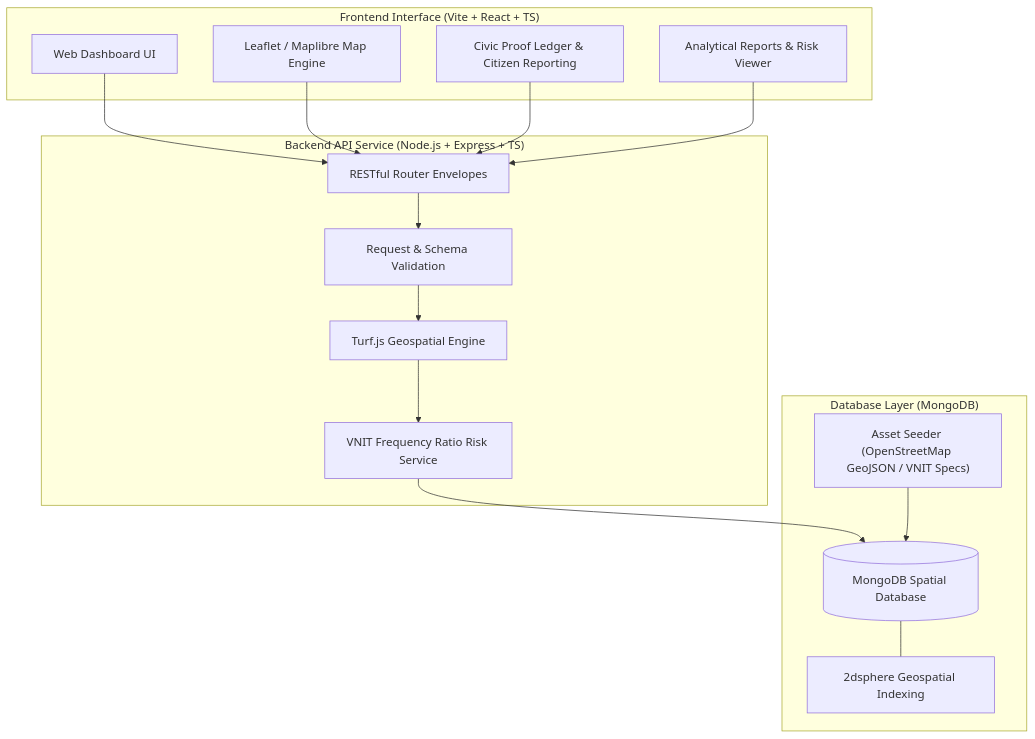
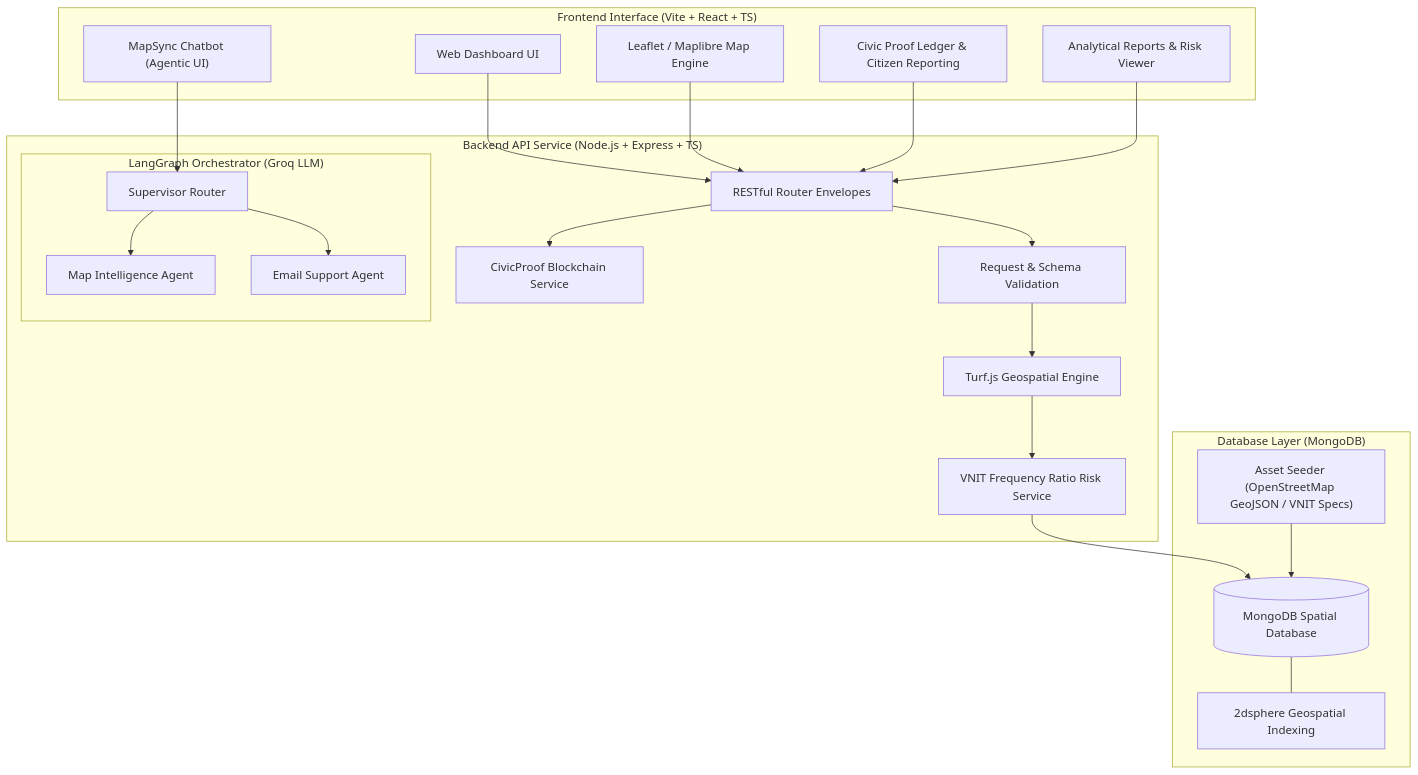
One commit to adiscripts03/Manthan4Yuva_JAL-SETU-GIS changed the diagram in README.md. Above: the diagram before and after it, drawn with Mermaid. The commit also changed other lines of this file, not shown here.

Commit message:
docs: Update README with AI Agent and Blockchain Ledger details

````diff
--- a/README.md
+++ b/README.md
@@ -17,34 +17,47 @@
 ```mermaid
 flowchart TB
     subgraph Client ["Frontend Interface (Vite + React + TS)"]
         UI["Web Dashboard UI"]
         GIS["Leaflet / Maplibre Map Engine"]
         Ledger["Civic Proof Ledger & Citizen Reporting"]
         Analytics["Analytical Reports & Risk Viewer"]
+        AIChat["MapSync Chatbot (Agentic UI)"]
     end
 
     subgraph Backend ["Backend API Service (Node.js + Express + TS)"]
         API["RESTful Router Envelopes"]
         GeoService["Turf.js Geospatial Engine"]
         RiskCalc["VNIT Frequency Ratio Risk Service"]
         Validation["Request & Schema Validation"]
+        Blockchain["CivicProof Blockchain Service"]
+        
+        subgraph Agents ["LangGraph Orchestrator (Groq LLM)"]
+            Router["Supervisor Router"]
+            MapAgent["Map Intelligence Agent"]
+            EmailAgent["Email Support Agent"]
+        end
     end
 
     subgraph DataStore ["Database Layer (MongoDB)"]
         Mongo[("MongoDB Spatial Database")]
         SpIndex["2dsphere Geospatial Indexing"]
         Seed["Asset Seeder (OpenStreetMap GeoJSON / VNIT Specs)"]
     end
 
     UI --> API
     GIS --> API
     Ledger --> API
     Analytics --> API
+    AIChat --> Router
+
+    Router --> MapAgent
+    Router --> EmailAgent
 
     API --> Validation
     Validation --> GeoService
     GeoService --> RiskCalc
     RiskCalc --> Mongo
     Mongo --- SpIndex
     Seed --> Mongo
+    API --> Blockchain
 ```
````
